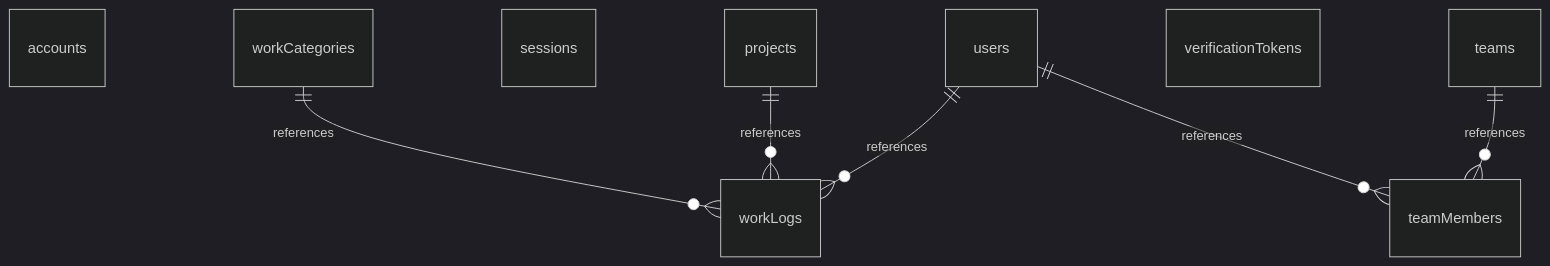
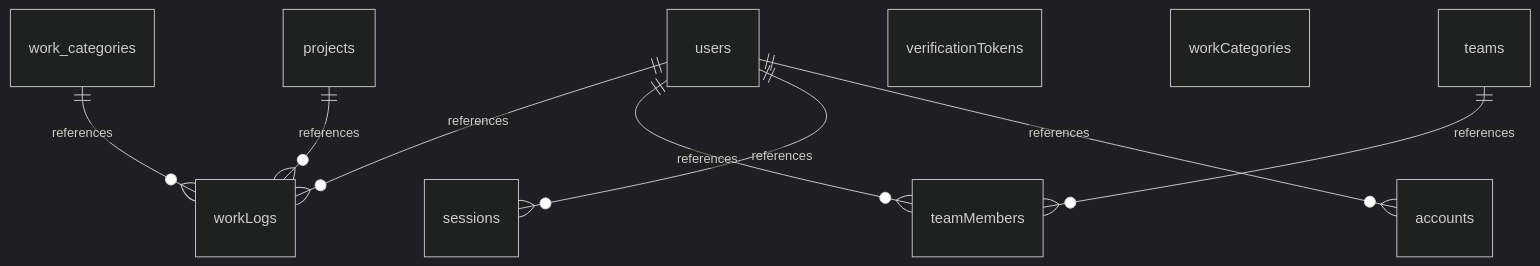
The diagram in docs/database/schema.md (AWLL-inc/work-management), drawn with Mermaid (dark theme) before and after one commit. The commit also changed other lines of this file and 5 other files, not shown here.

First line of the commit message:
refactor: extract DB schema dynamically from Drizzle (PR #81 - H1)

````diff
--- a/docs/database/schema.md
+++ b/docs/database/schema.md
@@ -195,17 +230,19 @@
 ```mermaid
 erDiagram
   accounts
   projects
   sessions
   teamMembers
   teams
   users
   verificationTokens
   workCategories
   workLogs
+  users ||--o{ accounts : "references"
+  users ||--o{ sessions : "references"
+  users ||--o{ teamMembers : "references"
   users ||--o{ workLogs : "references"
+  teams ||--o{ teamMembers : "references"
   projects ||--o{ workLogs : "references"
-  workCategories ||--o{ workLogs : "references"
-  teams ||--o{ teamMembers : "references"
-  users ||--o{ teamMembers : "references"
+  work_categories ||--o{ workLogs : "references"
 ```
````
